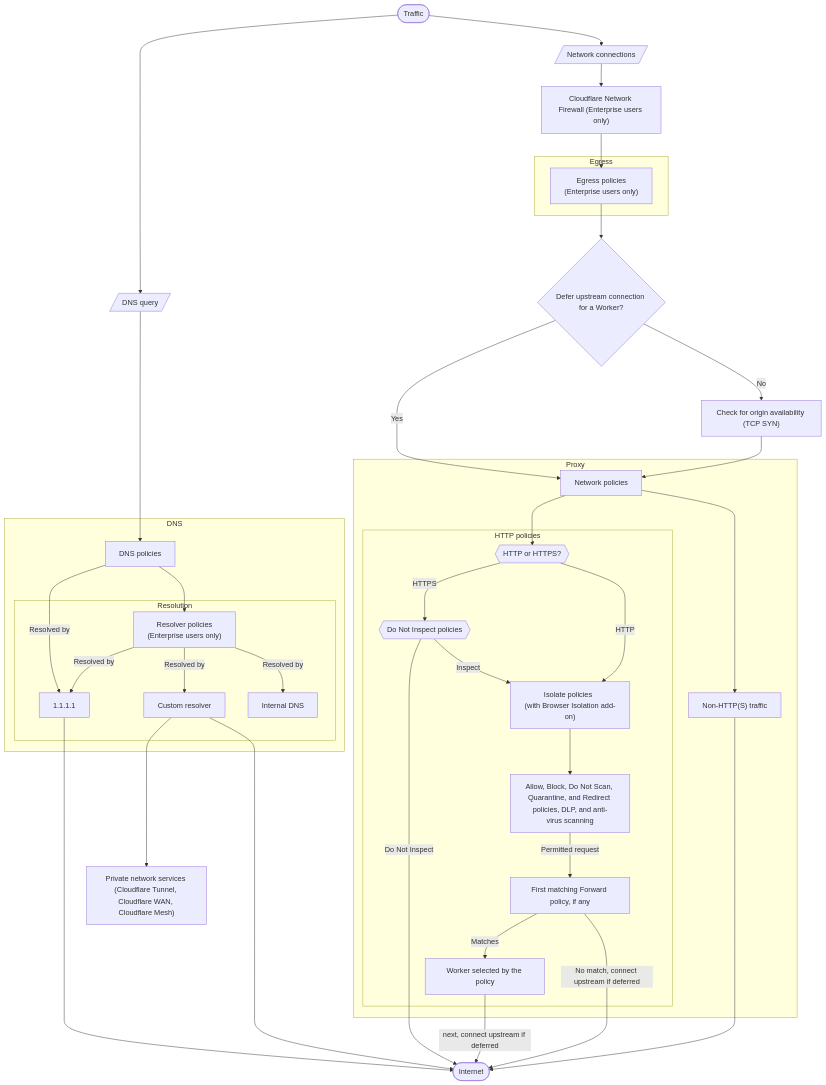
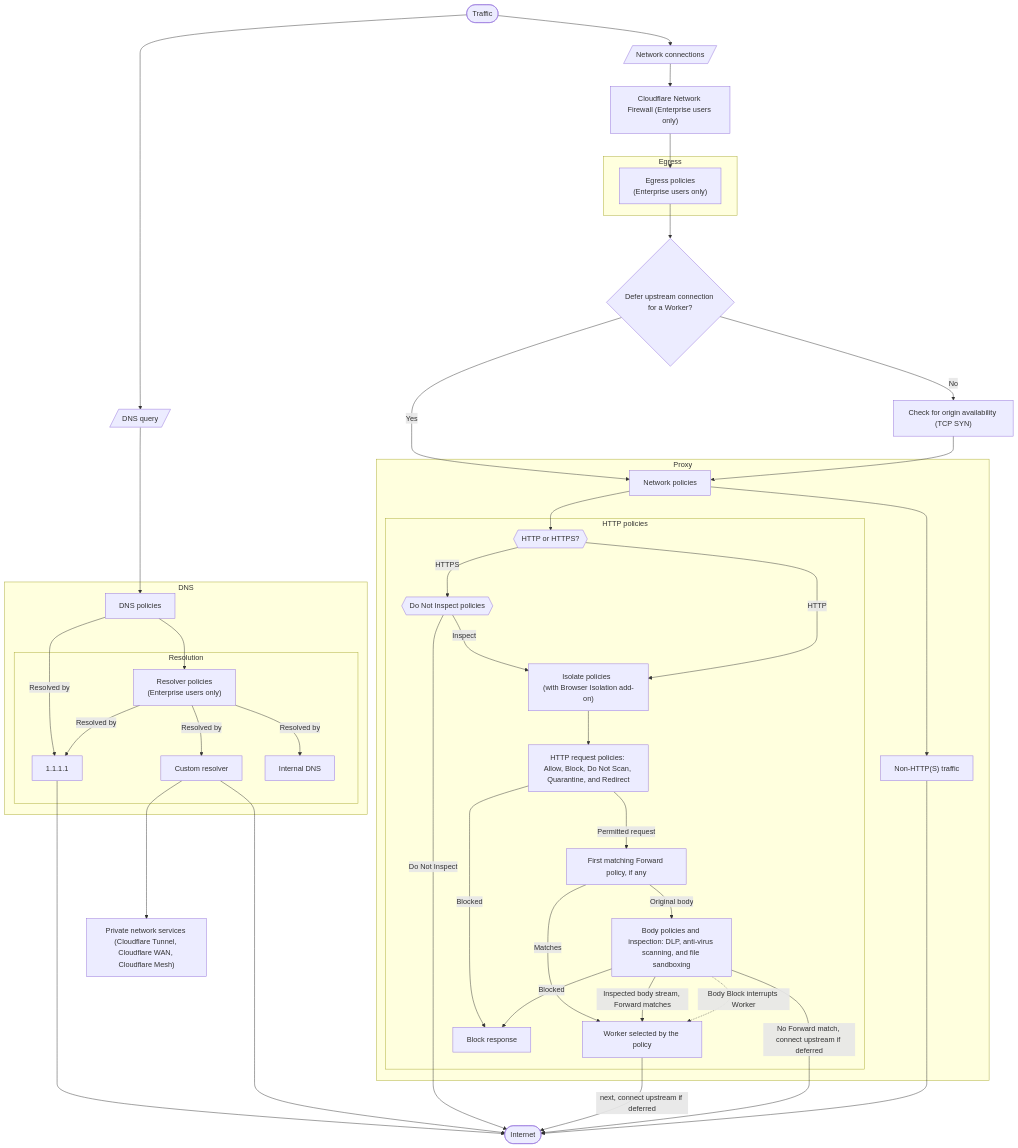
Before and after one commit to cloudflare/cloudflare-docs: the diagram in src/content/partials/cloudflare-one/gateway/order-of-enforcement.mdx, drawn with Mermaid. The commit also changed other lines of this file and 11 other files, not shown here.

First line of the commit message:
Clarify Forward policy behavior

````diff
--- a/src/content/partials/cloudflare-one/gateway/order-of-enforcement.mdx
+++ b/src/content/partials/cloudflare-one/gateway/order-of-enforcement.mdx
@@ -9,62 +9,69 @@
 ```mermaid
 flowchart TB
     %% Accessibility
     accTitle: Gateway order of enforcement
-    accDescr: Flowchart describing request enforcement for Gateway policies. For permitted HTTP requests, the first matching Forward policy invokes a Worker before continuing upstream. Gateway inspects the final response returned by the Worker.
+    accDescr: Flowchart describing request enforcement for Gateway policies. After HTTP request policies, the first matching Forward policy invokes a Worker before body policies and inspection. Gateway inspects the original body before delivering it to the Worker, and a Block decision from body policies or inspection can interrupt the Worker. Gateway inspects the final response returned by the Worker.
 
  subgraph Resolution["Resolution"]
         dns2["1.1.1.1"]
         dns4["Custom resolver"]
         dns3["Resolver policies <br>(Enterprise users only)"]
         internal["Internal DNS"]
   end
  subgraph DNS["DNS"]
         dns1["DNS policies"]
         Resolution
   end
  subgraph HTTP["HTTP policies"]
         http1{{"Do Not Inspect policies"}}
         http2["Isolate policies  <br>(with Browser Isolation add-on)"]
-        http3["Allow, Block, Do Not Scan, Quarantine, and Redirect policies, DLP, and anti-virus scanning"]
+        http3["HTTP request policies: Allow, Block, Do Not Scan, Quarantine, and Redirect"]
         forward["First matching Forward policy, if any"]
         worker["Worker selected by the policy"]
+        body["Body policies and inspection: DLP, anti-virus scanning, and file sandboxing"]
+        blocked["Block response"]
         https["HTTP or HTTPS?"]
   end
  subgraph Proxy["Proxy"]
         HTTP
         network1["Network policies"]
         nonhttp["Non-HTTP(S) traffic"]
   end
  subgraph Egress["Egress"]
         egress1["Egress policies <br>(Enterprise users only)"]
   end
     start(["Traffic"]) --> dns0[/"DNS query"/] & http0["Network connections"]
     dns0 ----> dns1
     dns1 -- Resolved by --> dns2
     dns1 --> dns3
     dns3 -- Resolved by --> dns4
     dns2 -----> internet(["Internet"])
     dns4 -----> internet
     dns4 ---> cloudflare["Private network services <br>(Cloudflare Tunnel, Cloudflare WAN, Cloudflare Mesh)"]
     http1 -- Do Not Inspect --> internet
     http1 -- Inspect --> http2
     http2 --> http3
     http0 --> magic["Cloudflare Network Firewall (Enterprise users only)"]
     magic --> egress1
     egress1 --> timing{"Defer upstream connection for a Worker?"}
     timing -- No --> tcp["Check for origin availability (TCP SYN)"]
     timing -- Yes --> network1
     tcp --> network1
     http3 -- Permitted request --> forward
+    http3 -- Blocked --> blocked
     forward -- Matches --> worker
+    forward -- Original body --> body
+    body -- Inspected body stream, Forward matches --> worker
+    body -- Blocked --> blocked
+    body -. Body Block interrupts Worker .-> worker
     worker -- next, connect upstream if deferred --> internet
-    forward -- No match, connect upstream if deferred --> internet
+    body -- No Forward match, connect upstream if deferred --> internet
     https -- HTTPS --> http1
     https -- HTTP --> http2
     network1 --> https & nonhttp
     dns3 -- Resolved by --> internal & dns2
     nonhttp -----> internet
 
     https@{ shape: hex}
     http0@{ shape: lean-r}
 ```
````
